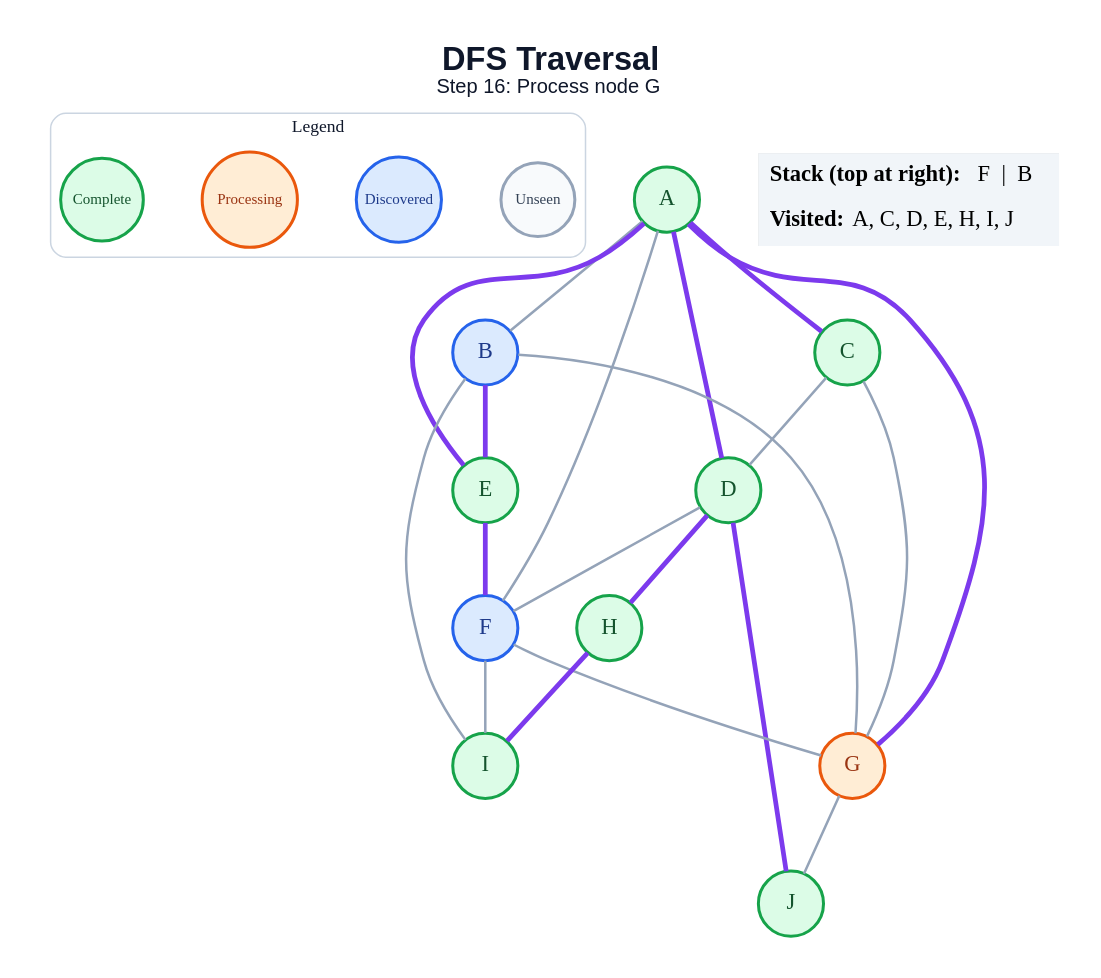
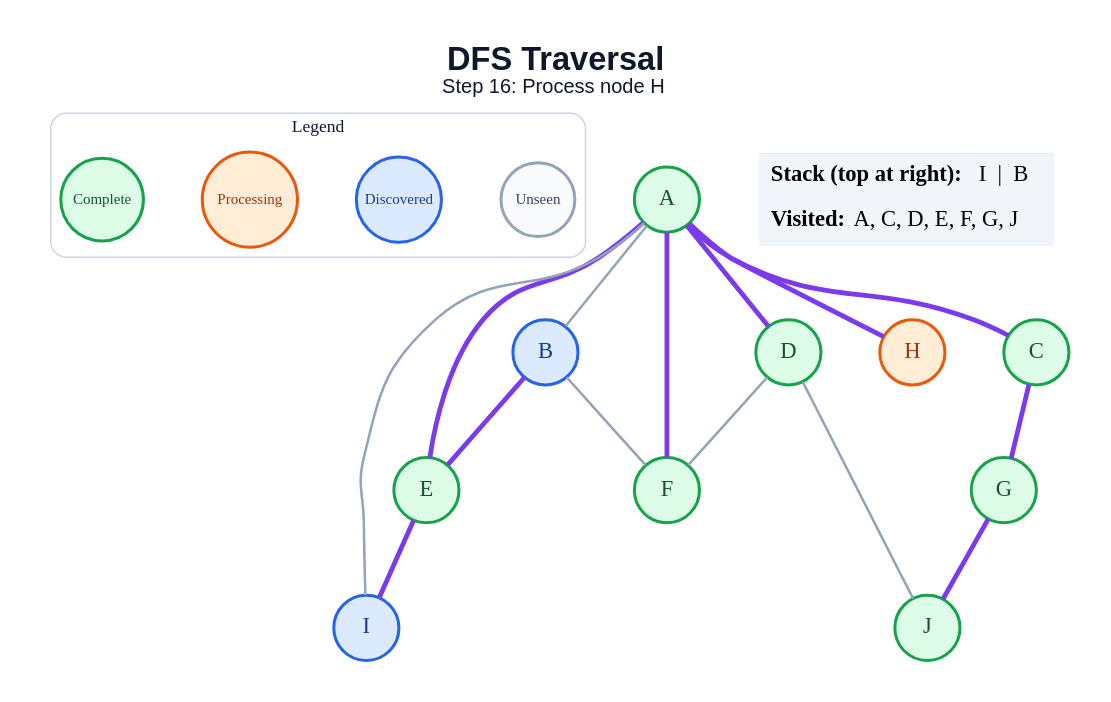
One commit to amanghodawala9/ai-slop changed the diagram in generated/specific-node/dfs/step_16.dot. Above: the diagram before and after it, drawn with Graphviz. The commit also changed 178 other files, not shown here.

```diff
--- a/generated/specific-node/dfs/step_16.dot
+++ b/generated/specific-node/dfs/step_16.dot
@@ -1,48 +1,43 @@
 graph traversal {
   graph [layout=dot, rankdir=TB, bgcolor="#FFFFFF", pad="0.35", nodesep="0.65", ranksep="0.8", fontname="Arial"];
   node [shape=circle, style="filled", fontname="Arial Bold", fontsize=18, width=0.72, fixedsize=true, penwidth=2.4];
   edge [color="#94A3B8", penwidth=2.0];
-  label=<<B>DFS Traversal</B><BR/><FONT POINT-SIZE="16">Step 16: Process node G</FONT>>; labelloc="t"; fontsize=26; fontname="Arial"; fontcolor="#0F172A";
+  label=<<B>DFS Traversal</B><BR/><FONT POINT-SIZE="16">Step 16: Process node H</FONT>>; labelloc="t"; fontsize=26; fontname="Arial"; fontcolor="#0F172A";
   subgraph cluster_legend { label="Legend"; color="#CBD5E1"; penwidth=1.2; style="rounded"; fontsize=14; fontname="Arial Bold";
     key_unseen [label="Unseen", fillcolor="#F8FAFC", color="#94A3B8", fontcolor="#334155", fontsize=12, width=0.82];
     key_frontier [label="Discovered", fillcolor="#DBEAFE", color="#2563EB", fontcolor="#1E3A8A", fontsize=12, width=0.95];
     key_current [label="Processing", fillcolor="#FFEDD5", color="#EA580C", fontcolor="#9A3412", fontsize=12, width=1.05];
     key_done [label="Complete", fillcolor="#DCFCE7", color="#16A34A", fontcolor="#14532D", fontsize=12, width=0.92];
     { rank=same; key_unseen; key_frontier; key_current; key_done; }
   }
   A [fillcolor="#DCFCE7", color="#16A34A", fontcolor="#14532D"];
   B [fillcolor="#DBEAFE", color="#2563EB", fontcolor="#1E3A8A"];
   C [fillcolor="#DCFCE7", color="#16A34A", fontcolor="#14532D"];
   D [fillcolor="#DCFCE7", color="#16A34A", fontcolor="#14532D"];
   E [fillcolor="#DCFCE7", color="#16A34A", fontcolor="#14532D"];
-  F [fillcolor="#DBEAFE", color="#2563EB", fontcolor="#1E3A8A"];
-  G [fillcolor="#FFEDD5", color="#EA580C", fontcolor="#9A3412"];
-  H [fillcolor="#DCFCE7", color="#16A34A", fontcolor="#14532D"];
-  I [fillcolor="#DCFCE7", color="#16A34A", fontcolor="#14532D"];
+  F [fillcolor="#DCFCE7", color="#16A34A", fontcolor="#14532D"];
+  G [fillcolor="#DCFCE7", color="#16A34A", fontcolor="#14532D"];
+  H [fillcolor="#FFEDD5", color="#EA580C", fontcolor="#9A3412"];
+  I [fillcolor="#DBEAFE", color="#2563EB", fontcolor="#1E3A8A"];
   J [fillcolor="#DCFCE7", color="#16A34A", fontcolor="#14532D"];
   A -- B;
   A -- C [color="#7C3AED", penwidth=3.8];
   A -- D [color="#7C3AED", penwidth=3.8];
   A -- E [color="#7C3AED", penwidth=3.8];
-  A -- F;
-  A -- G [color="#7C3AED", penwidth=3.8];
+  A -- F [color="#7C3AED", penwidth=3.8];
+  A -- H [color="#7C3AED", penwidth=3.8];
+  A -- I;
   B -- E [color="#7C3AED", penwidth=3.8];
-  B -- G;
-  B -- I;
-  C -- D;
-  C -- G;
+  B -- F;
+  C -- G [color="#7C3AED", penwidth=3.8];
   D -- F;
-  D -- H [color="#7C3AED", penwidth=3.8];
-  D -- J [color="#7C3AED", penwidth=3.8];
-  E -- F [color="#7C3AED", penwidth=3.8];
-  F -- G;
-  F -- I;
-  G -- J;
-  H -- I [color="#7C3AED", penwidth=3.8];
+  D -- J;
+  E -- I [color="#7C3AED", penwidth=3.8];
+  G -- J [color="#7C3AED", penwidth=3.8];
   status [shape=plain, fixedsize=false, width=0, height=0, margin=0, label=<
     <TABLE BORDER="0" CELLBORDER="0" CELLPADDING="7" BGCOLOR="#F1F5F9">
-      <TR><TD ALIGN="LEFT"><B>Stack (top at right):</B> F  |  B</TD></TR>
-      <TR><TD ALIGN="LEFT"><B>Visited:</B> A, C, D, E, H, I, J</TD></TR>
+      <TR><TD ALIGN="LEFT"><B>Stack (top at right):</B> I  |  B</TD></TR>
+      <TR><TD ALIGN="LEFT"><B>Visited:</B> A, C, D, E, F, G, J</TD></TR>
     </TABLE>
   >];
 }
```
